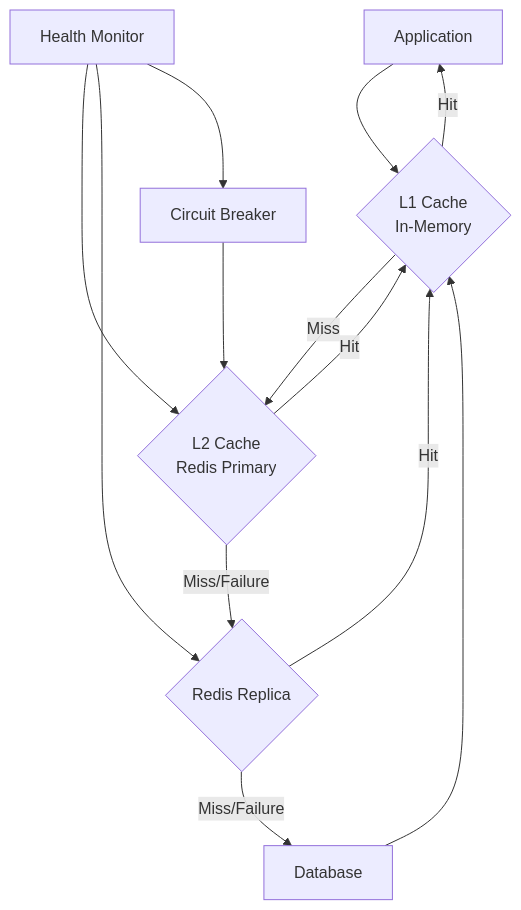
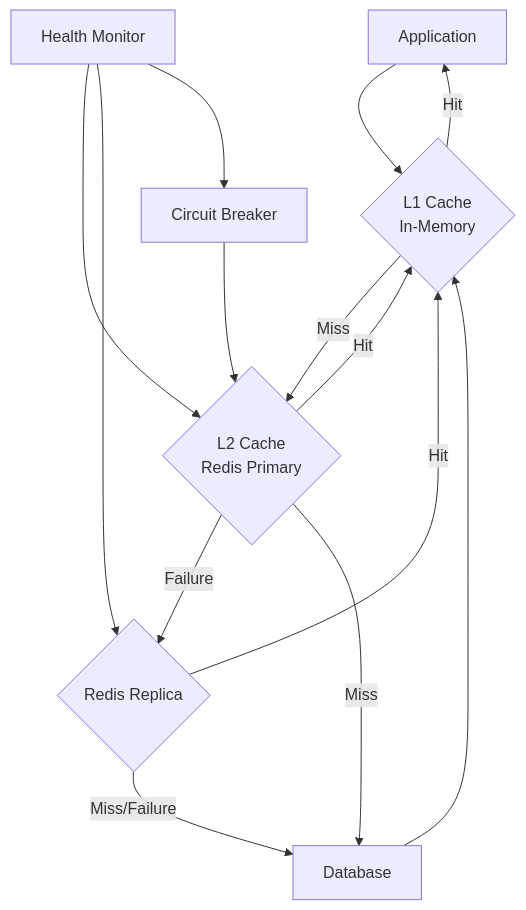
One commit to OneUptime/blog changed the first of 3 diagrams in posts/2026-01-30-cache-failover/README.md. Above: the diagram before and after it, drawn with Mermaid. The commit also changed other lines of this file and 2 other files, not shown here.

````diff
--- a/posts/2026-01-30-cache-failover/README.md
+++ b/posts/2026-01-30-cache-failover/README.md
@@ -33,16 +33,17 @@
 ```mermaid
 flowchart TD
     A[Application] --> B{L1 Cache\nIn-Memory}
     B -->|Hit| A
     B -->|Miss| C{L2 Cache\nRedis Primary}
     C -->|Hit| B
-    C -->|Miss/Failure| D{Redis Replica}
+    C -->|Failure| D{Redis Replica}
+    C -->|Miss| E[Database]
     D -->|Hit| B
     D -->|Miss/Failure| E[Database]
     E --> B
 
     F[Health Monitor] --> C
     F --> D
     F --> G[Circuit Breaker]
     G --> C
 ```
````
